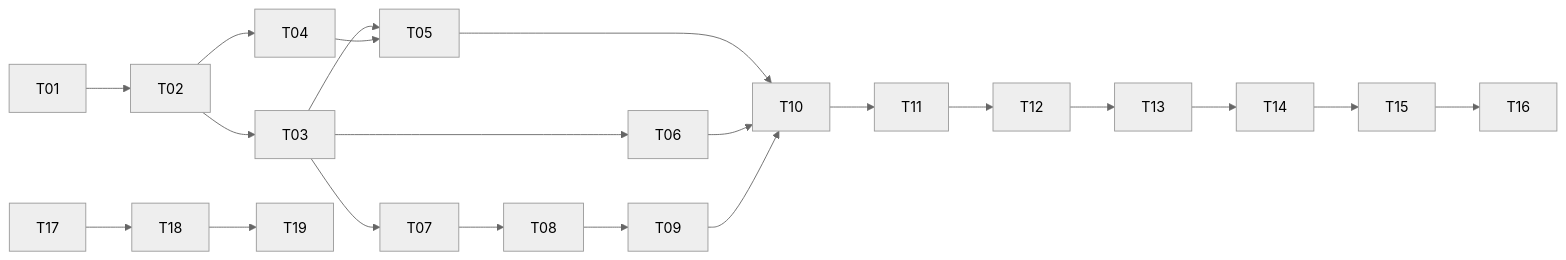
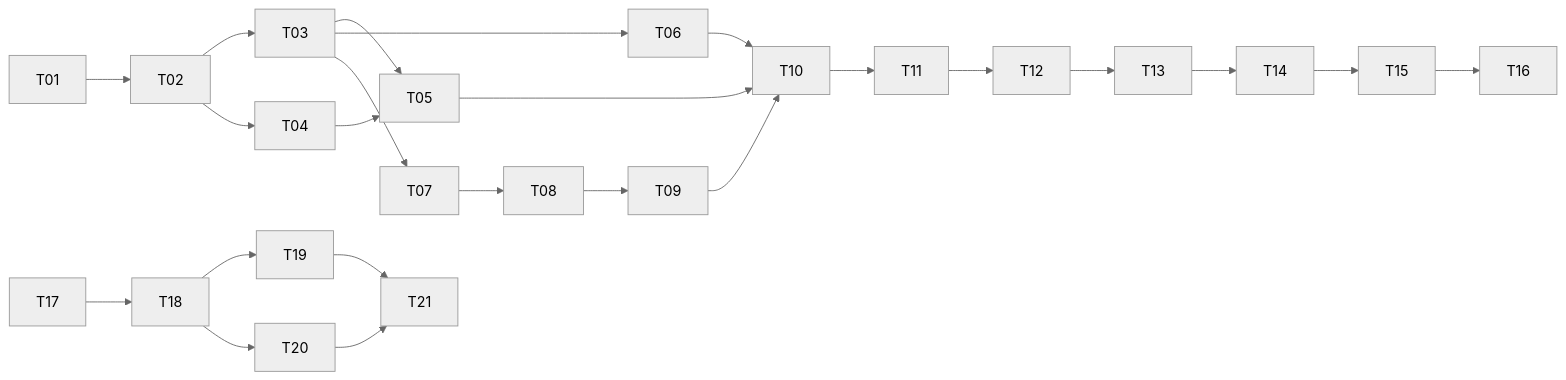
The diagram in docs/TASKS.md (ruxecaqibi067-maker/life-log), drawn with Mermaid (neutral theme) before and after one commit. The commit also changed other lines of this file and 7 other files, not shown here.

````diff
--- a/docs/TASKS.md
+++ b/docs/TASKS.md
@@ -58,16 +62,18 @@
 ```mermaid
 flowchart LR
   T01 --> T02
   T02 --> T03
   T02 --> T04
   T03 --> T05
   T04 --> T05
   T03 --> T06
   T03 --> T07
   T07 --> T08 --> T09
   T05 --> T10
   T06 --> T10
   T09 --> T10
   T10 --> T11 --> T12 --> T13 --> T14 --> T15 --> T16
   T17 --> T18 --> T19
+  T18 --> T20 --> T21
+  T19 --> T21
 ```
````
